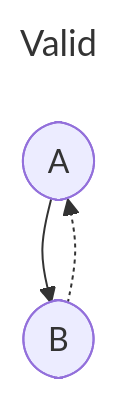
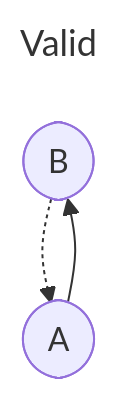
Before and after one commit to stepchowfun/proofs: the ninth of 16 diagrams in proofs/AdmissibilityGraph/README.md, drawn with Mermaid. The commit also changed other lines of this file and 1 other file, not shown here.

Commit message:
Prove a few more theorems about admissibility graphs and update the README

````diff
--- a/proofs/AdmissibilityGraph/README.md
+++ b/proofs/AdmissibilityGraph/README.md
@@ -158,11 +162,11 @@
 ```mermaid
 ---
 title: Valid
 ---
 flowchart TD
+  b([B])
   a([A])
-  b([B])
 
   b -.-> a
   a --> b
 ```
````
